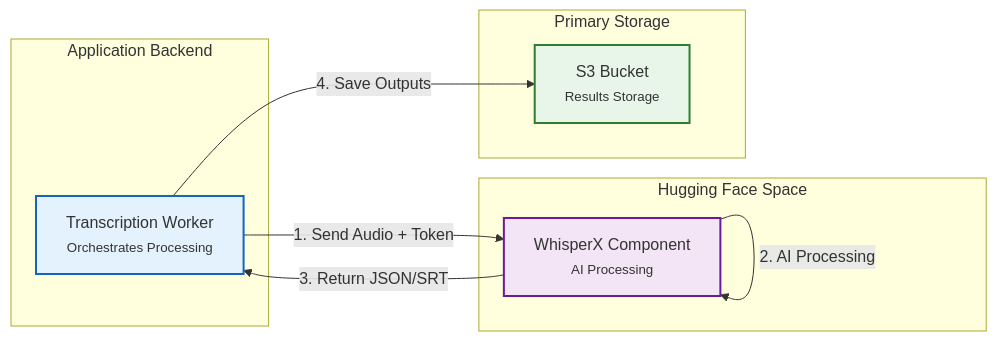
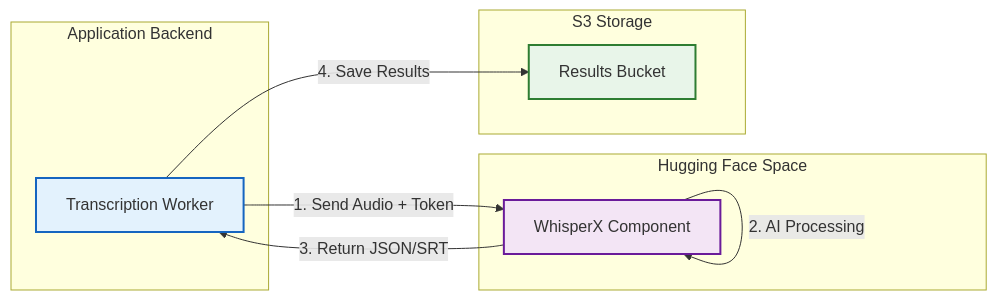
One commit to sdsc-ordes/debates-analytics changed the diagram in docs/docs/architecture/whisperx.md. Above: the diagram before and after it, drawn with Mermaid. The commit also changed other lines of this file and 4 other files, not shown here.

````diff
--- a/docs/docs/architecture/whisperx.md
+++ b/docs/docs/architecture/whisperx.md
@@ -24,30 +14,31 @@
 ```mermaid
 graph LR
     %% Nodes
     subgraph App ["Application Backend"]
-        Worker["Transcription Worker<br><small>Orchestrates Processing</small>"]
+        Worker["Transcription Worker"]
     end
 
     subgraph External ["Hugging Face Space"]
-        HF["WhisperX Component<br><small>AI Processing</small>"]
+        HF["WhisperX Component"]
     end
 
-    subgraph Storage ["Primary Storage"]
-        S3["S3 Bucket<br><small>Results Storage</small>"]
+    subgraph Storage ["S3 Storage"]
+        S3["Results Bucket"]
     end
 
     %% Flow
     Worker -->|"1. Send Audio + Token"| HF
     HF -->|"2. AI Processing"| HF
     HF -->|"3. Return JSON/SRT"| Worker
-    Worker -->|"4. Save Outputs"| S3
+    Worker -->|"4. Save Results"| S3
 
     %% Styling
     classDef app fill:#e3f2fd,stroke:#1565c0,stroke-width:2px
     classDef ext fill:#f3e5f5,stroke:#6a1b9a,stroke-width:2px
     classDef store fill:#e8f5e9,stroke:#2e7d32,stroke-width:2px
 
     class Worker app
     class HF ext
     class S3 store
+
 ```
````
